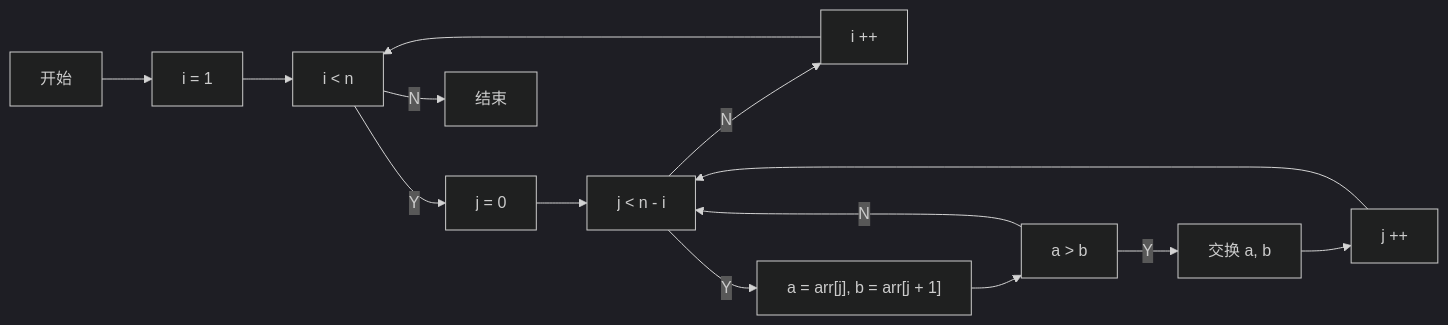
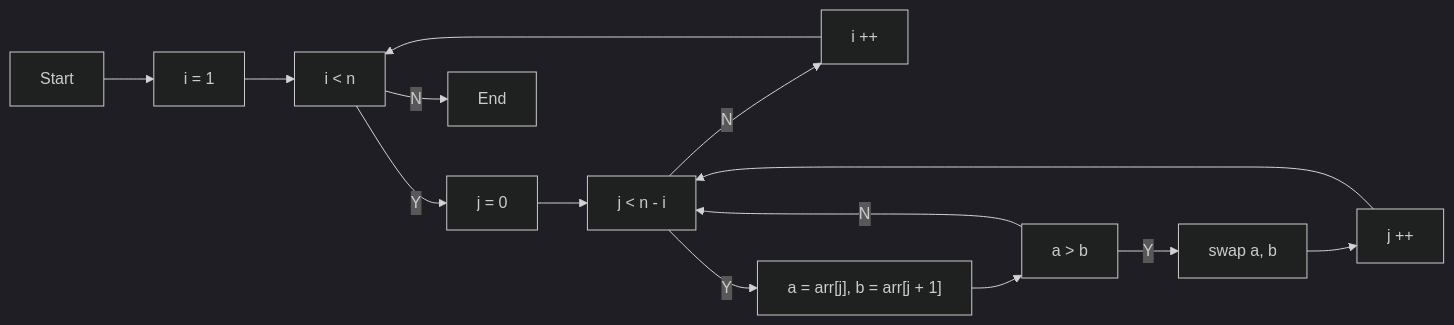
Before and after one commit to dcloudio/hbuilderx-extension-docs: the fourth of 7 diagrams in en/Tutorial/Language/markdown.md, drawn with Mermaid (dark theme). The commit also changed other lines of this file and 50 other files, not shown here.

````diff
--- a/en/Tutorial/Language/markdown.md
+++ b/en/Tutorial/Language/markdown.md
@@ -168,25 +168,25 @@
 ```mermaid
 graph LR
-    执行1[i = 1]
-  执行2[j = 0]
-  执行3[i ++]
-  执行4["a = arr[j], b = arr[j + 1]"]
-  执行5[交换 a, b]
-  执行6[j ++]
-    判断1["i < n"]
-    判断2["j < n - i"]
-  判断3["a > b"]
-  开始 --> 执行1
-  执行1 --> 判断1
-  判断1 --Y--> 执行2
-  执行2 --> 判断2
-  判断2 --Y--> 执行4
-  判断2 --N--> 执行3
-  执行3 --> 判断1
-  执行4 --> 判断3
-  判断3 --N--> 判断2
-  判断3 --Y--> 执行5
-  执行5 --> 执行6
-  执行6 --> 判断2
-  判断1 --N--> 结束
+    execute1[i = 1]
+  execute2[j = 0]
+  execute3[i ++]
+  execute4["a = arr[j], b = arr[j + 1]"]
+  execute5[swap a, b]
+  execute6[j ++]
+    decision1["i < n"]
+    decision2["j < n - i"]
+  decision3["a > b"]
+  Start --> execute1
+  execute1 --> decision1
+  decision1 --Y--> execute2
+  execute2 --> decision2
+  decision2 --Y--> execute4
+  decision2 --N--> execute3
+  execute3 --> decision1
+  execute4 --> decision3
+  decision3 --N--> decision2
+  decision3 --Y--> execute5
+  execute5 --> execute6
+  execute6 --> decision2
+  decision1 --N--> End
 ```
````
